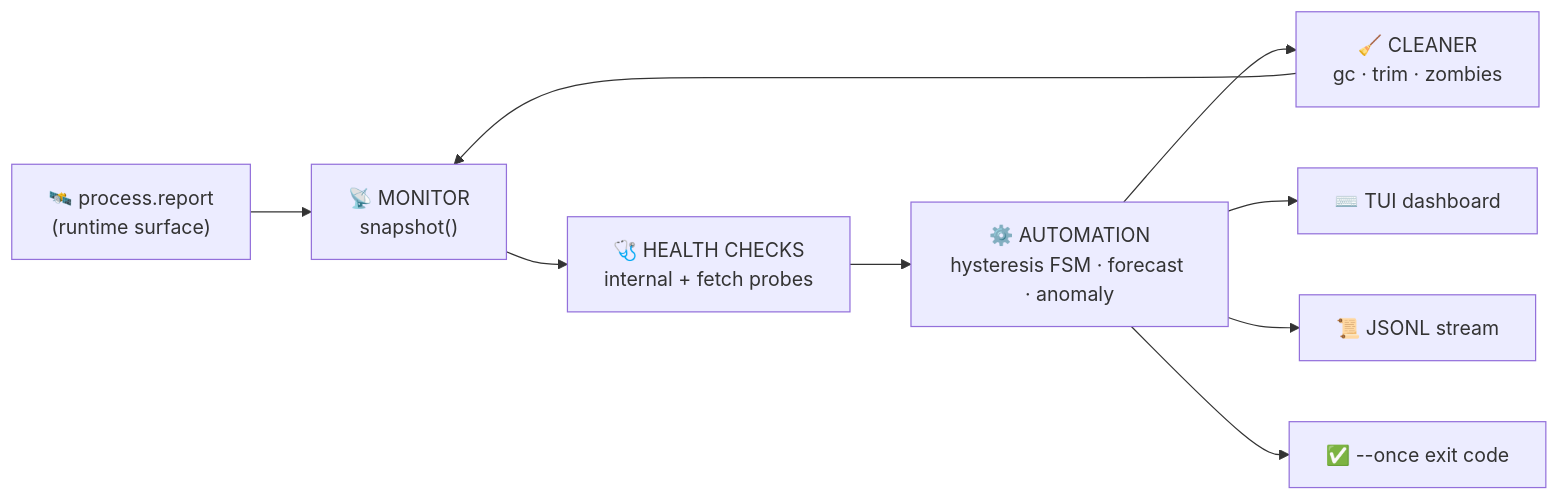
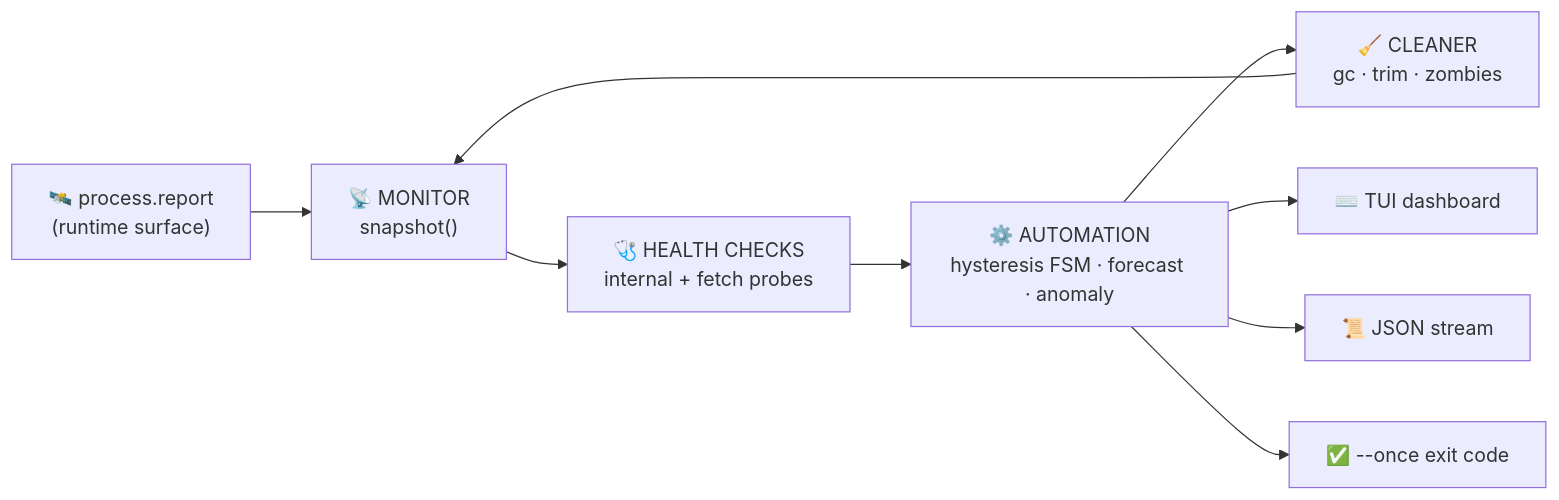
The diagram in README.md (bethewarrior/SENTINEL), drawn with Mermaid before and after one commit. The commit also changed other lines of this file, not shown here.

````diff
--- a/README.md
+++ b/README.md
@@ -84,11 +85,11 @@
 ```mermaid
 flowchart LR
   R["🛰️ process.report<br/>(runtime surface)"] --> M["📡 MONITOR<br/>snapshot()"]
   M --> H["🩺 HEALTH CHECKS<br/>internal + fetch probes"]
   H --> A["⚙️ AUTOMATION<br/>hysteresis FSM · forecast · anomaly"]
   A --> C["🧹 CLEANER<br/>gc · trim · zombies"]
   A --> O1["⌨️ TUI dashboard"]
-  A --> O2["📜 JSONL stream"]
+  A --> O2["📜 JSON stream"]
   A --> O3["✅ --once exit code"]
   C --> M
 ```
````
